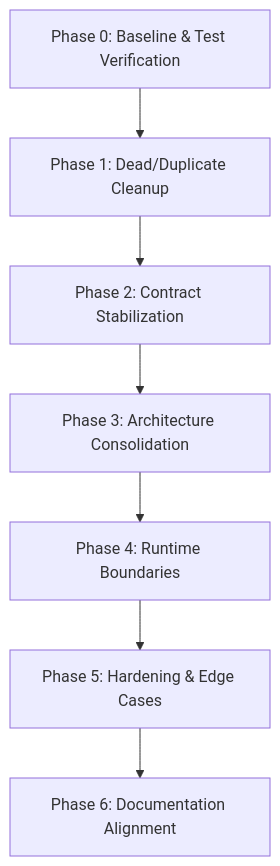
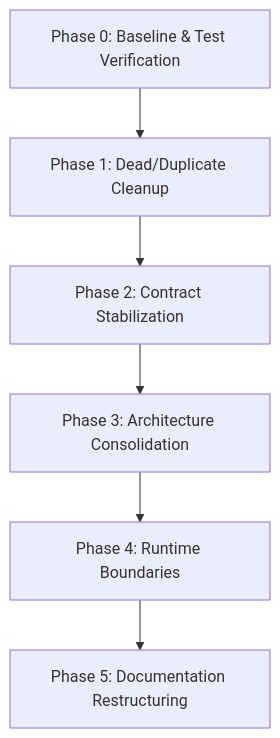
The second of 2 diagrams in TECHNICAL_REVIEW.md (litepacks/webspresso), drawn with Mermaid before and after one commit. The commit also changed other lines of this file and 35 other files, not shown here.

````diff
--- a/TECHNICAL_REVIEW.md
+++ b/TECHNICAL_REVIEW.md
@@ -441,9 +397,8 @@
 ```mermaid
 graph TD
     P0[Phase 0: Baseline & Test Verification] --> P1[Phase 1: Dead/Duplicate Cleanup]
     P1 --> P2[Phase 2: Contract Stabilization]
     P2 --> P3[Phase 3: Architecture Consolidation]
     P3 --> P4[Phase 4: Runtime Boundaries]
-    P4 --> P5[Phase 5: Hardening & Edge Cases]
-    P5 --> P6[Phase 6: Documentation Alignment]
+    P4 --> P5[Phase 5: Documentation Restructuring]
 ```
````
